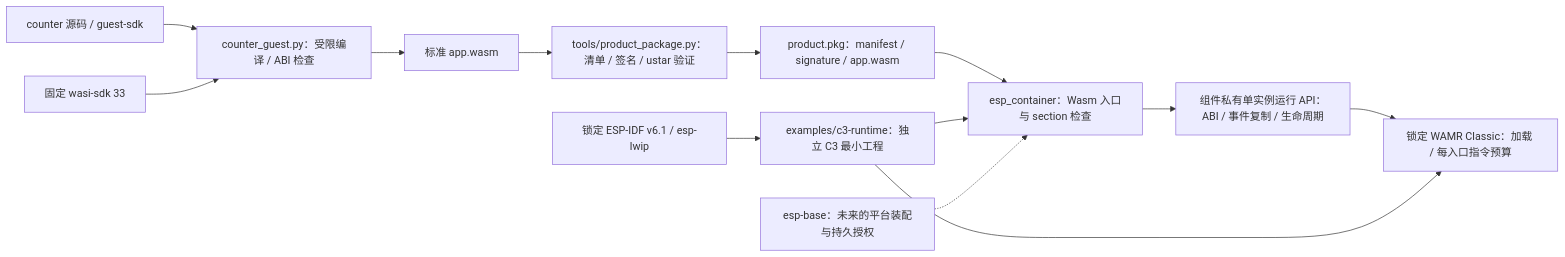
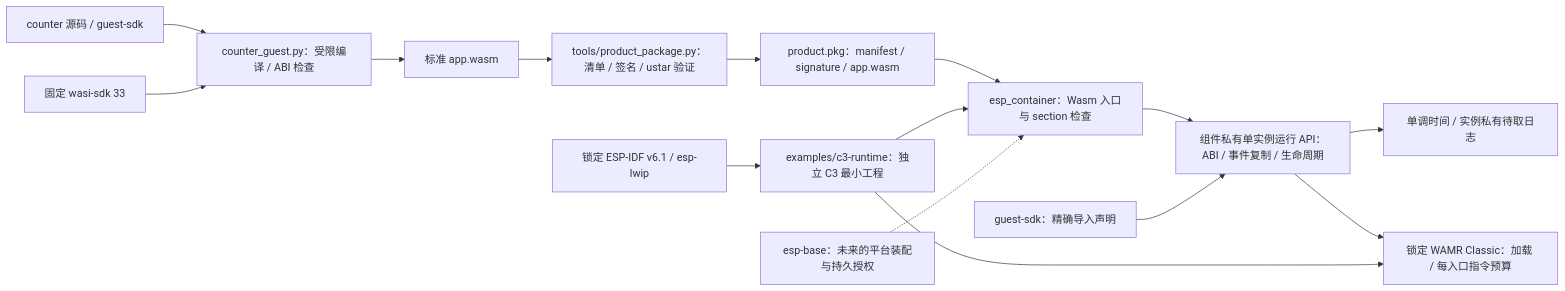
The diagram in README.md (darren-you/esp-container), drawn with Mermaid before and after one commit. The commit also changed other lines of this file and 17 other files, not shown here.

````diff
--- a/README.md
+++ b/README.md
@@ -7,15 +7,17 @@
 ```mermaid
 flowchart LR
     product["counter 源码 / guest-sdk"] --> guest["counter_guest.py：受限编译 / ABI 检查"]
     wasi["固定 wasi-sdk 33"] --> guest
     guest --> wasm["标准 app.wasm"]
     wasm --> tool["tools/product_package.py：清单 / 签名 / ustar 验证"]
     tool --> pkg["product.pkg：manifest / signature / app.wasm"]
     pkg --> scanner["esp_container：Wasm 入口与 section 检查"]
     scanner --> runtime["组件私有单实例运行 API：ABI / 事件复制 / 生命周期"]
+    sdk["guest-sdk：精确导入声明"] --> runtime
+    runtime --> host["单调时间 / 实例私有待取日志"]
     runtime --> wamr["锁定 WAMR Classic：加载 / 每入口指令预算"]
     sample["examples/c3-runtime：独立 C3 最小工程"] --> scanner
     sample --> wamr
     idf["锁定 ESP-IDF v6.1 / esp-lwip"] --> sample
     base["esp-base：未来的平台装配与持久授权"] -.-> scanner
 ```
````
